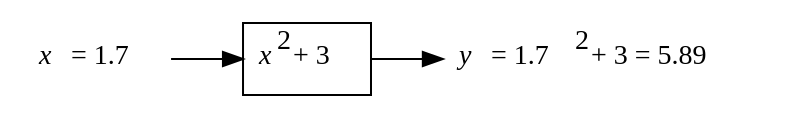
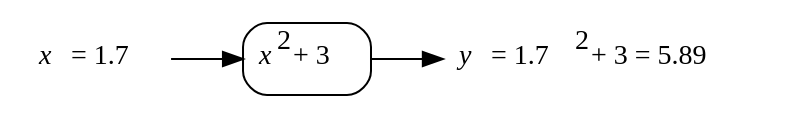
Before and after one commit to uasolo/FPCA-phonetics-workshop: the fourth of 4 diagrams in presentations/OrthogonalProjections.qmd, drawn with Graphviz. The commit also changed other lines of this file and 5 other files, not shown here.

````diff
--- a/presentations/OrthogonalProjections.qmd
+++ b/presentations/OrthogonalProjections.qmd
@@ -39,11 +188,11 @@
 ```{dot}
 
 digraph G {
 rankdir=LR;
   A[shape = plaintext label=<<I>x</I>&nbsp; = 1.7>]
-  B[shape = box label = <<I>x</I><SUP >2</SUP> + 3>]
+  B[shape = box label = <<I>x</I><SUP >2</SUP> + 3>  style = rounded]
   C[shape = plaintext label=<<I>y</I>&nbsp; = 1.7<SUP>2</SUP> + 3 = 5.89>]
   A -> B;
   B -> C;
 }
 ```
````
